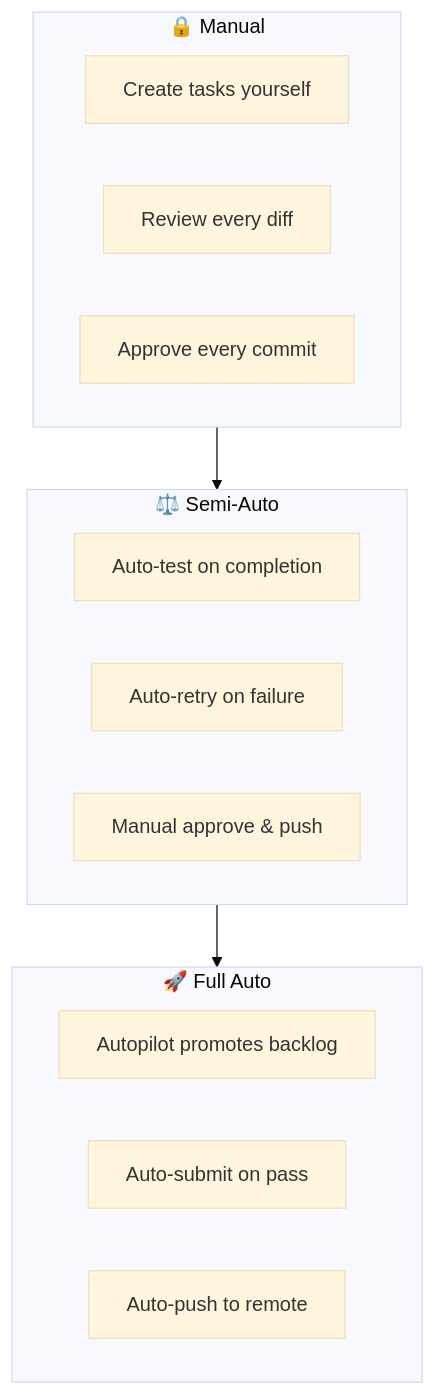
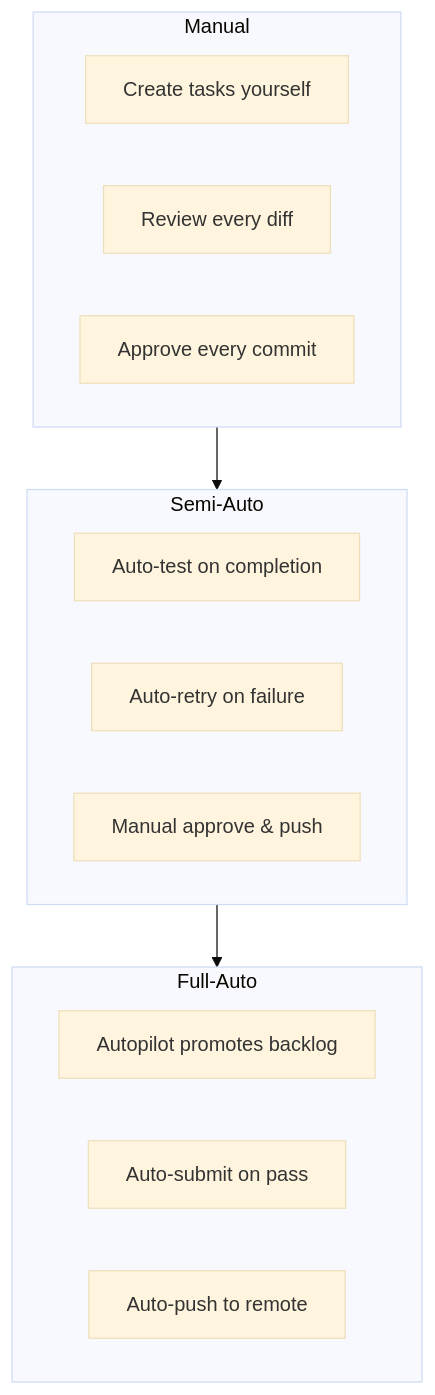
One commit to changkun/wallfacer changed the second of 2 diagrams in docs/guide/autonomy-spectrum.md. Above: the diagram before and after it, drawn with Mermaid (base theme). The commit also changed other lines of this file and 2 other files, not shown here.

Commit message:
ui: reinit mermaid theme on theme switch and simplify diagram markup

````diff
--- a/docs/guide/autonomy-spectrum.md
+++ b/docs/guide/autonomy-spectrum.md
@@ -52,19 +48,19 @@
 ```mermaid
 graph TD
-  subgraph Manual["🔒 Manual"]
+  subgraph Manual
     M1["Create tasks yourself"]
     M2["Review every diff"]
     M3["Approve every commit"]
   end
-  subgraph Semi["⚖️ Semi-Auto"]
+  subgraph Semi-Auto
     S1["Auto-test on completion"]
     S2["Auto-retry on failure"]
     S3["Manual approve & push"]
   end
-  subgraph Full["🚀 Full Auto"]
+  subgraph Full-Auto
     F1["Autopilot promotes backlog"]
     F2["Auto-submit on pass"]
     F3["Auto-push to remote"]
   end
-  Manual --> Semi --> Full
+  Manual --> Semi-Auto --> Full-Auto
 ```
````
